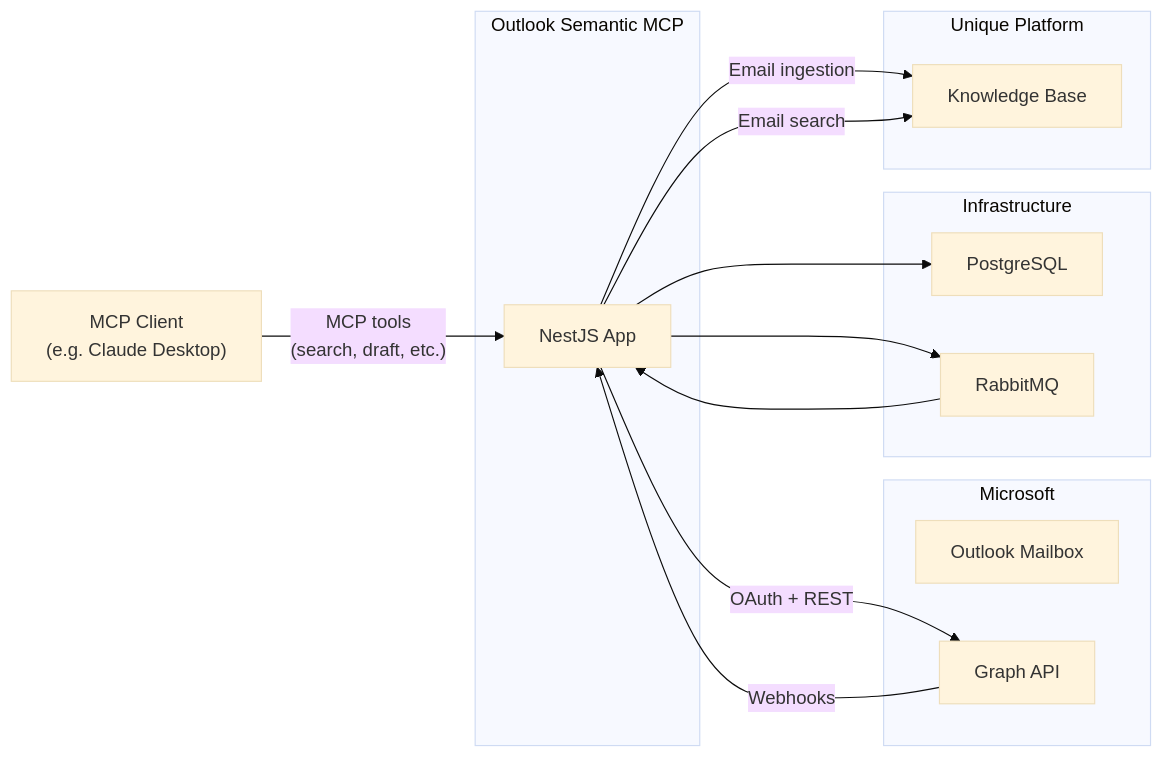
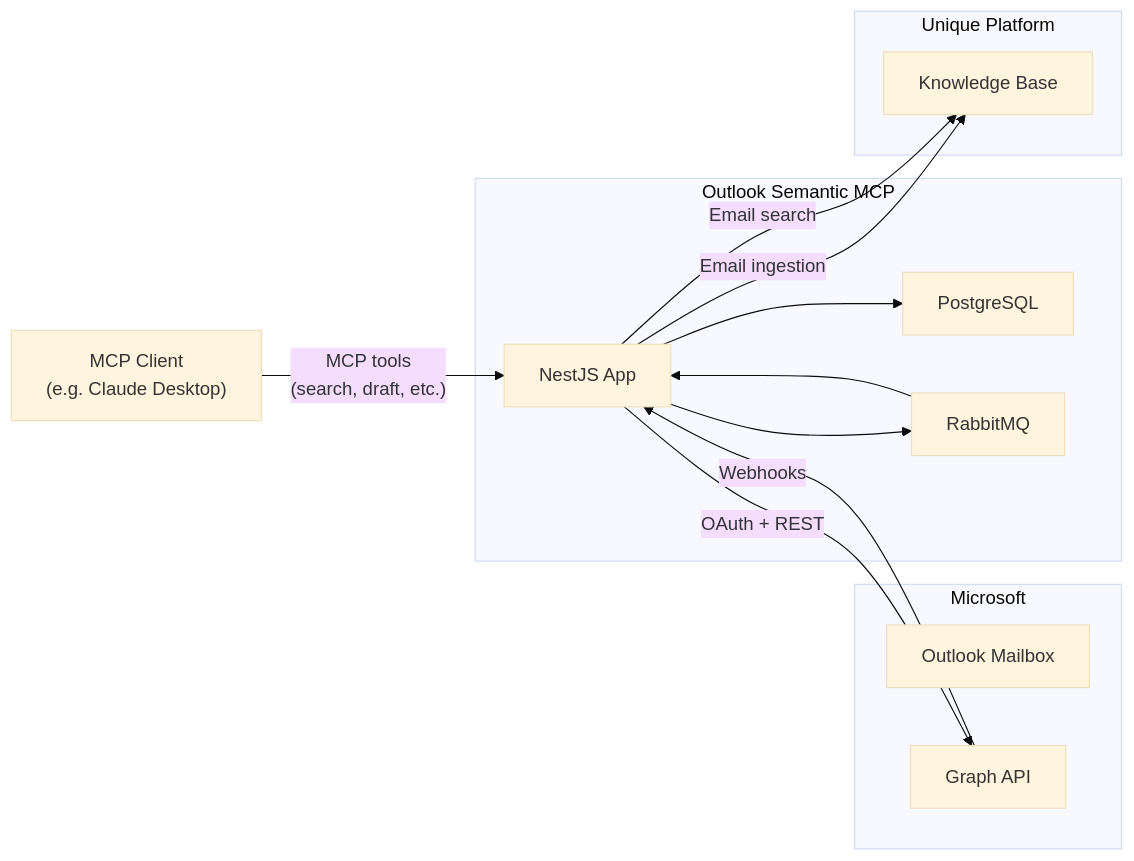
One commit to Unique-AG/connectors changed the diagram in services/outlook-semantic-mcp/docs/README.md. Above: the diagram before and after it, drawn with Mermaid (base theme).

````diff
--- a/services/outlook-semantic-mcp/docs/README.md
+++ b/services/outlook-semantic-mcp/docs/README.md
@@ -137,31 +137,28 @@
 ```mermaid
 flowchart LR
     MCPClient["MCP Client\n(e.g. Claude Desktop)"]
 
     subgraph Microsoft["Microsoft"]
         Outlook["Outlook Mailbox"]
         GraphAPI["Graph API"]
     end
 
     subgraph Server["Outlook Semantic MCP"]
         App["NestJS App"]
-    end
-
-    subgraph Infra["Infrastructure"]
         PG["PostgreSQL"]
         MQ["RabbitMQ"]
     end
 
     subgraph Unique["Unique Platform"]
         KB["Knowledge Base"]
     end
 
     MCPClient -- "MCP tools\n(search, draft, etc.)" --> App
     App -- "OAuth + REST" --> GraphAPI
     GraphAPI -- "Webhooks" --> App
     App --> PG
     App --> MQ
     MQ --> App
     App -- "Email ingestion" --> KB
     App -- "Email search" --> KB
 ```
````
